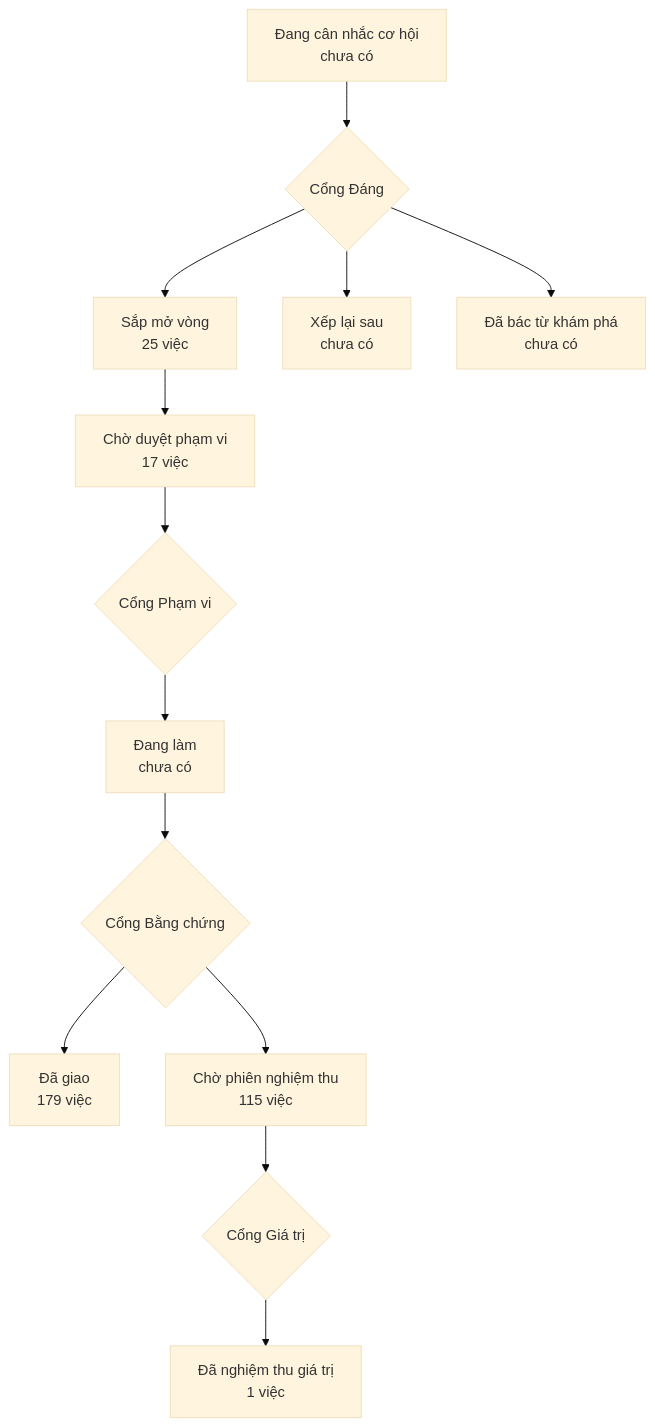
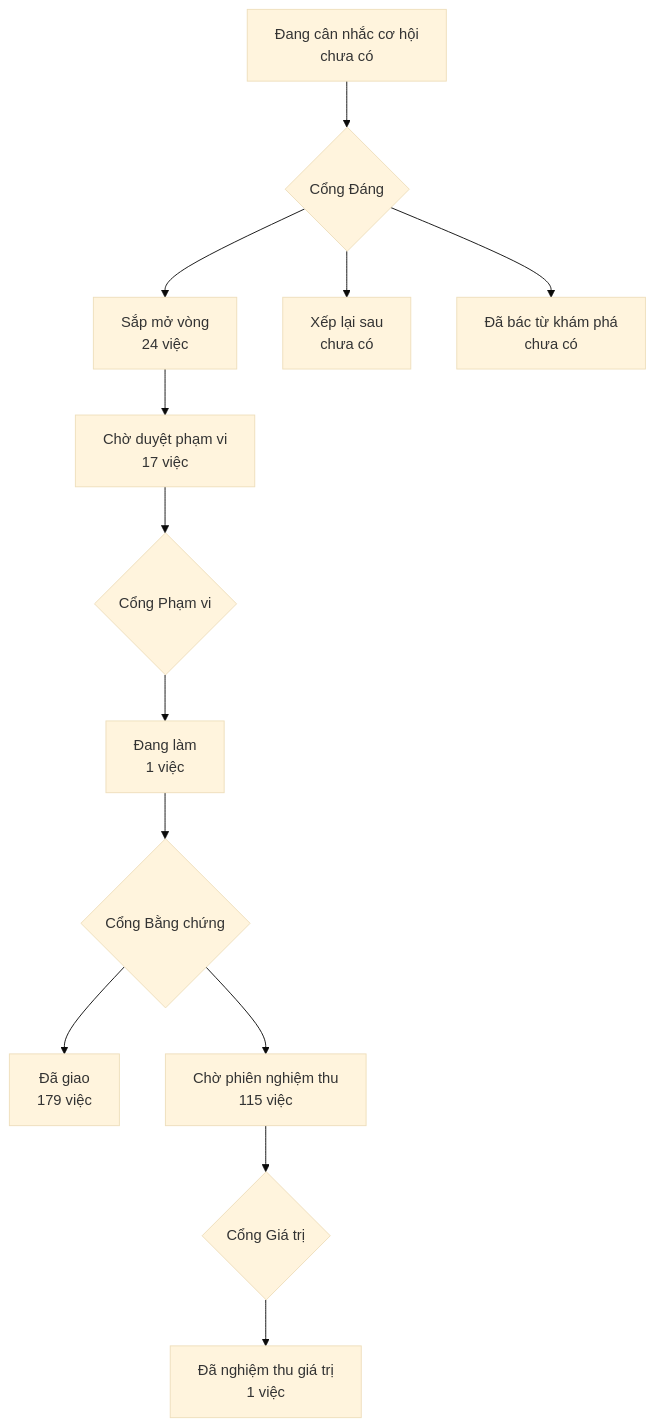
The diagram in PRODUCT-MAP.md (phanlemanh/onehub-invest), drawn with Mermaid (base theme) before and after one commit. The commit also changed other lines of this file and 3 other files, not shown here.

````diff
--- a/PRODUCT-MAP.md
+++ b/PRODUCT-MAP.md
@@ -7,12 +7,12 @@
 ```mermaid
 flowchart TD
   A["Đang cân nhắc cơ hội<br/>chưa có"] --> GD{"Cổng Đáng"}
-  GD --> B["Sắp mở vòng<br/>25 việc"]
+  GD --> B["Sắp mở vòng<br/>24 việc"]
   GD --> XL["Xếp lại sau<br/>chưa có"]
   GD --> DB["Đã bác từ khám phá<br/>chưa có"]
   B --> CD["Chờ duyệt phạm vi<br/>17 việc"] --> GP{"Cổng Phạm vi"}
-  GP --> DL["Đang làm<br/>chưa có"] --> GB{"Cổng Bằng chứng"}
+  GP --> DL["Đang làm<br/>1 việc"] --> GB{"Cổng Bằng chứng"}
   GB --> DG["Đã giao<br/>179 việc"]
   GB --> CN["Chờ phiên nghiệm thu<br/>115 việc"] --> GG{"Cổng Giá trị"}
   GG --> NT["Đã nghiệm thu giá trị<br/>1 việc"]
 ```
````
